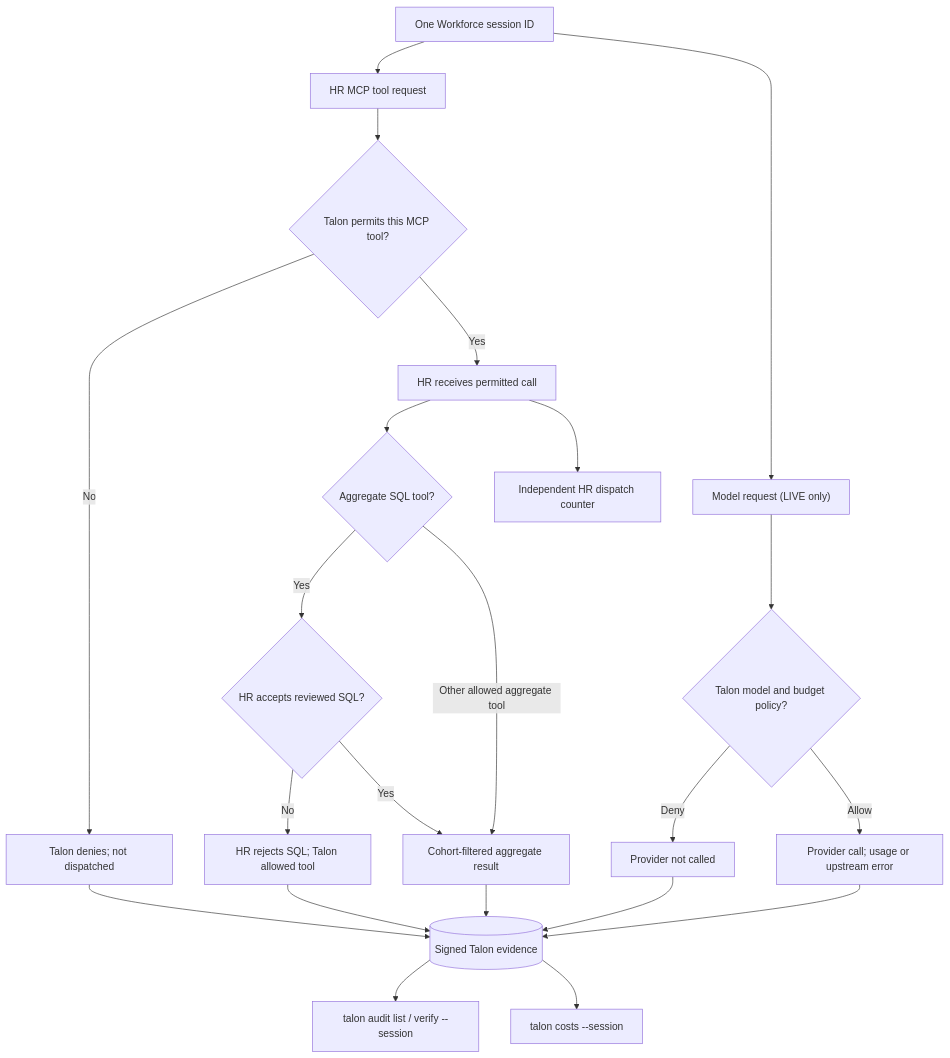
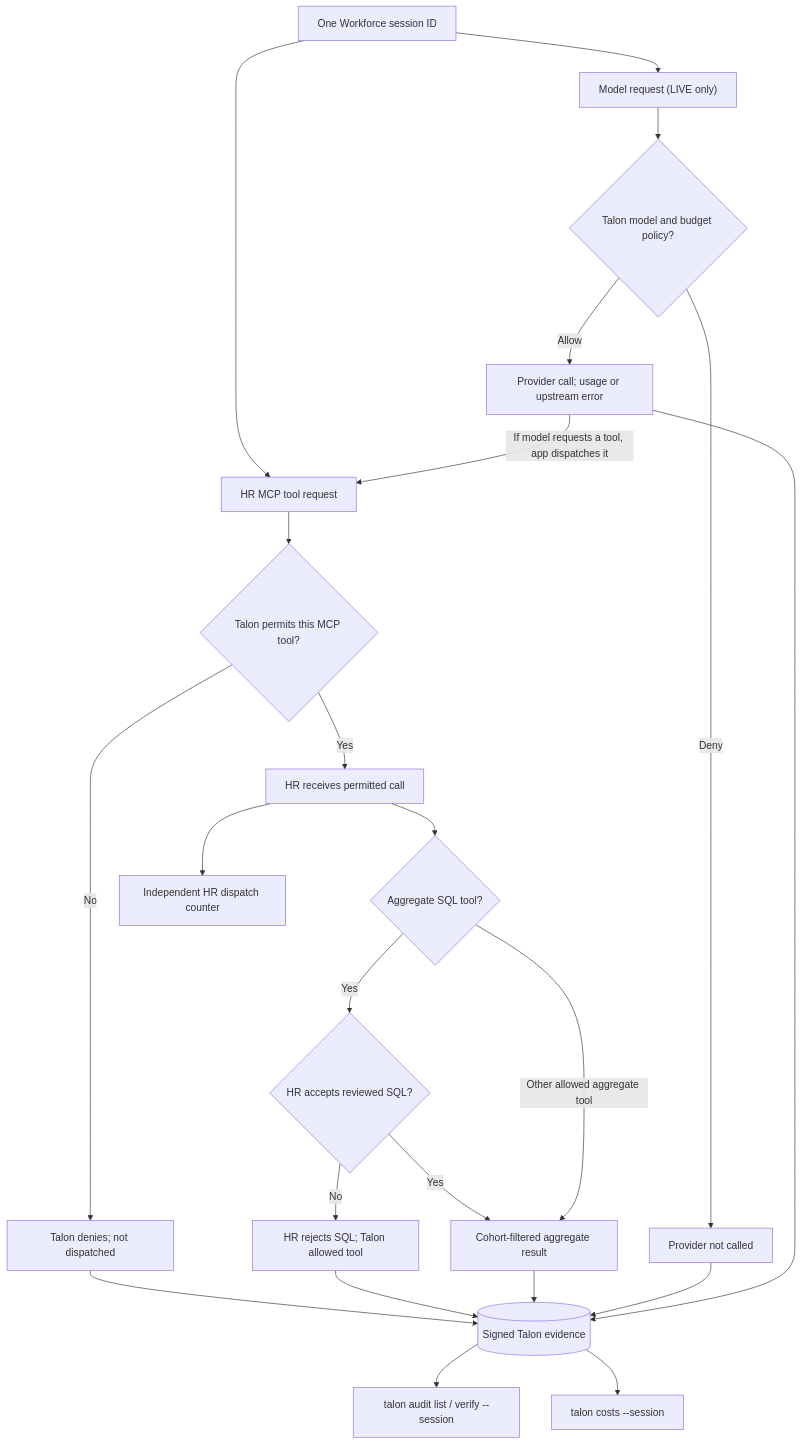
The second of 2 diagrams in cases/people-analytics-copilot/README.md (dativo-io/talon-full-demo), drawn with Mermaid before and after one commit. The commit also changed other lines of this file, not shown here.

Commit message:
docs(hr-demo): distinguish DuckDB volume from private network and model-selected tools

````diff
--- a/cases/people-analytics-copilot/README.md
+++ b/cases/people-analytics-copilot/README.md
@@ -186,25 +188,26 @@
 ```mermaid
 flowchart TB
     S["One Workforce session ID"]
     S --> T["HR MCP tool request"]
     S --> L["Model request (LIVE only)"]
     T --> P{"Talon permits this MCP tool?"}
     P -->|"No"| X["Talon denies; not dispatched"]
     P -->|"Yes"| H["HR receives permitted call"]
     H --> K{"Aggregate SQL tool?"}
     K -->|"Yes"| V{"HR accepts reviewed SQL?"}
     V -->|"No"| R["HR rejects SQL; Talon allowed tool"]
     V -->|"Yes"| A["Cohort-filtered aggregate result"]
     K -->|"Other allowed aggregate tool"| A
     L --> B{"Talon model and budget policy?"}
     B -->|"Deny"| Z["Provider not called"]
     B -->|"Allow"| O["Provider call; usage or upstream error"]
+    O -->|"If model requests a tool, app dispatches it"| T
     X --> E[("Signed Talon evidence")]
     R --> E
     A --> E
     Z --> E
     O --> E
     H --> F["Independent HR dispatch counter"]
     E --> Q["talon audit list / verify --session"]
     E --> C["talon costs --session"]
 ```
````
